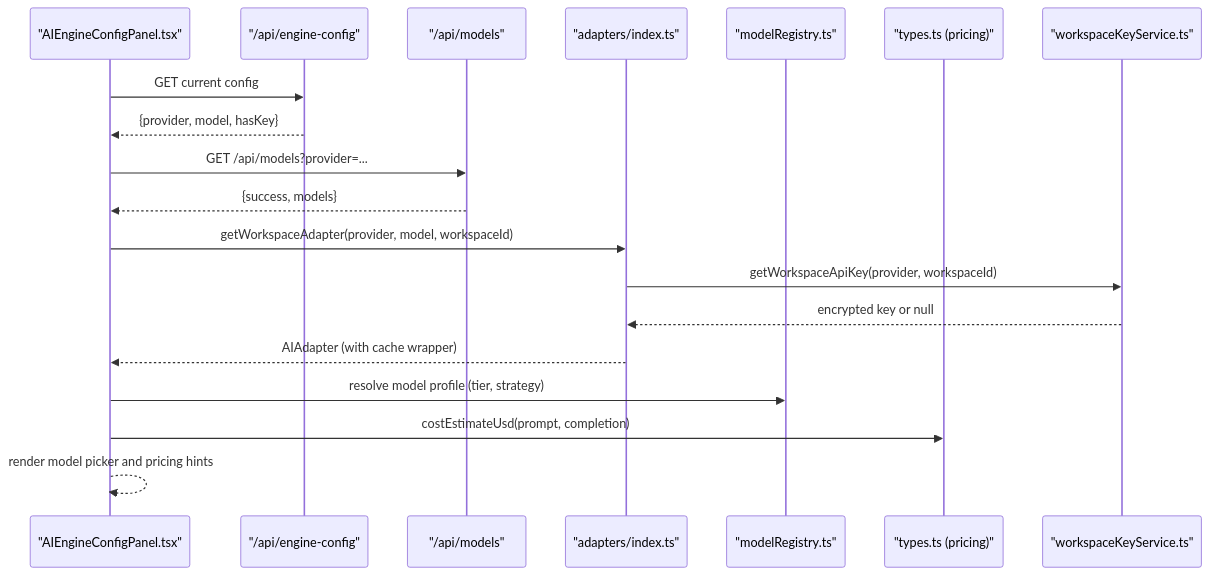
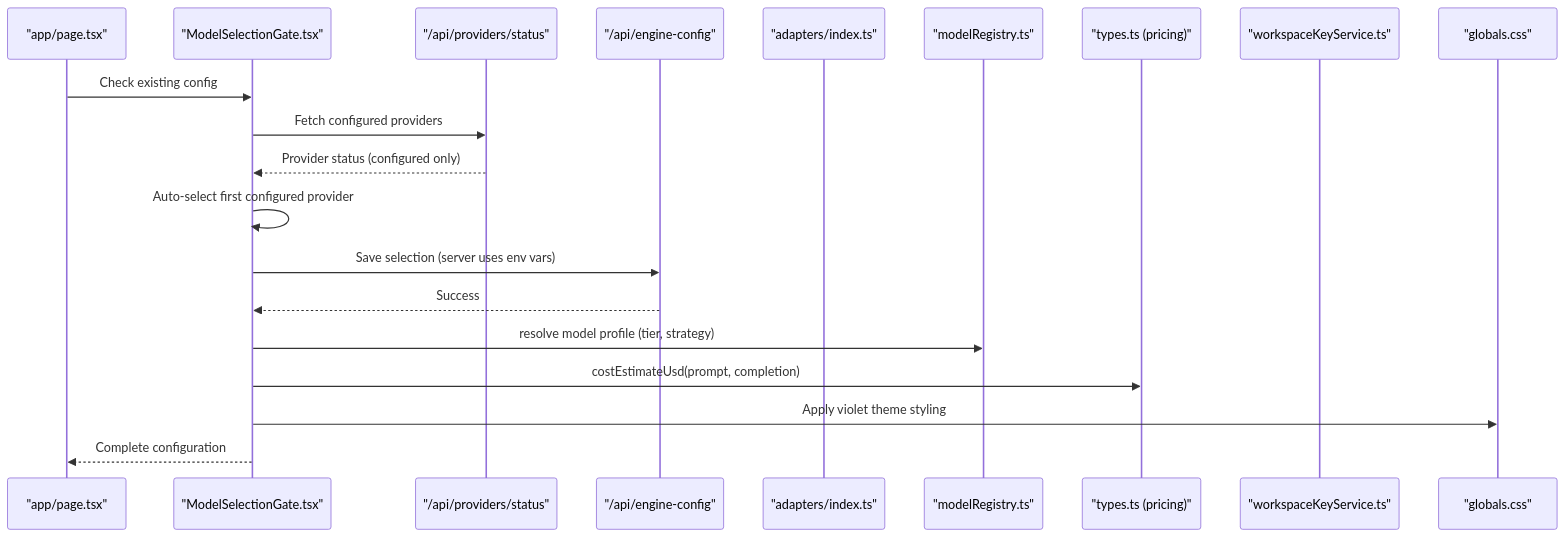
One commit to shekhargiri005-dotcom/AI-powered-accessibility-first-UI-engine changed the second of 12 diagrams in .qoder/repowiki/en/content/AI Generation Engine/Model Configuration & Selection/Model Configuration & Selection.md. Above: the diagram before and after it, drawn with Mermaid. The commit also changed other lines of this file and 10 other files, not shown here.

````diff
--- a/.qoder/repowiki/en/content/AI Generation Engine/Model Configuration & Selection/Model Configuration & Selection.md
+++ b/.qoder/repowiki/en/content/AI Generation Engine/Model Configuration & Selection/Model Configuration & Selection.md
@@ -135,21 +188,22 @@
 ```mermaid
 sequenceDiagram
-participant UI as "AIEngineConfigPanel.tsx"
+participant APP as "app/page.tsx"
+participant MSG as "ModelSelectionGate.tsx"
+participant PSAPI as "/api/providers/status"
 participant API_EC as "/api/engine-config"
-participant API_AM as "/api/models"
 participant AD as "adapters/index.ts"
 participant REG as "modelRegistry.ts"
 participant PR as "types.ts (pricing)"
 participant WS as "workspaceKeyService.ts"
-UI->>API_EC : GET current config
-API_EC-->>UI : {provider, model, hasKey}
-UI->>API_AM : GET /api/models?provider=...
-API_AM-->>UI : {success, models}
-UI->>AD : getWorkspaceAdapter(provider, model, workspaceId)
-AD->>WS : getWorkspaceApiKey(provider, workspaceId)
-WS-->>AD : encrypted key or null
-AD-->>UI : AIAdapter (with cache wrapper)
-UI->>REG : resolve model profile (tier, strategy)
-UI->>PR : costEstimateUsd(prompt, completion)
-UI-->>UI : render model picker and pricing hints
+participant CSS as "globals.css"
+APP->>MSG : Check existing config
+MSG->>PSAPI : Fetch configured providers
+PSAPI-->>MSG : Provider status (configured only)
+MSG->>MSG : Auto-select first configured provider
+MSG->>API_EC : Save selection (server uses env vars)
+API_EC-->>MSG : Success
+MSG->>REG : resolve model profile (tier, strategy)
+MSG->>PR : costEstimateUsd(prompt, completion)
+MSG->>CSS : Apply violet theme styling
+MSG-->>APP : Complete configuration
 ```
````
